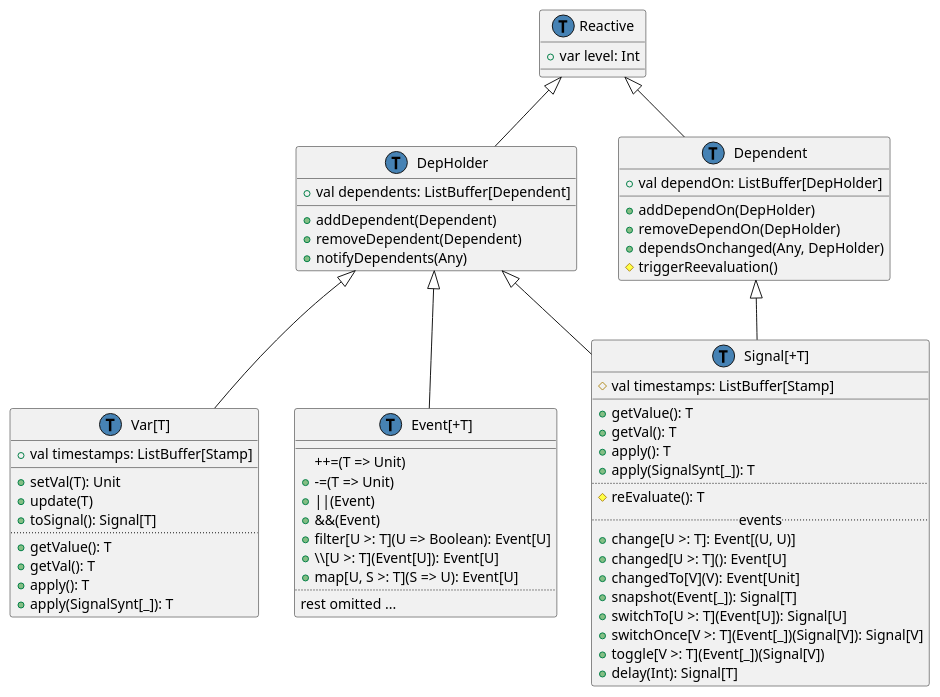
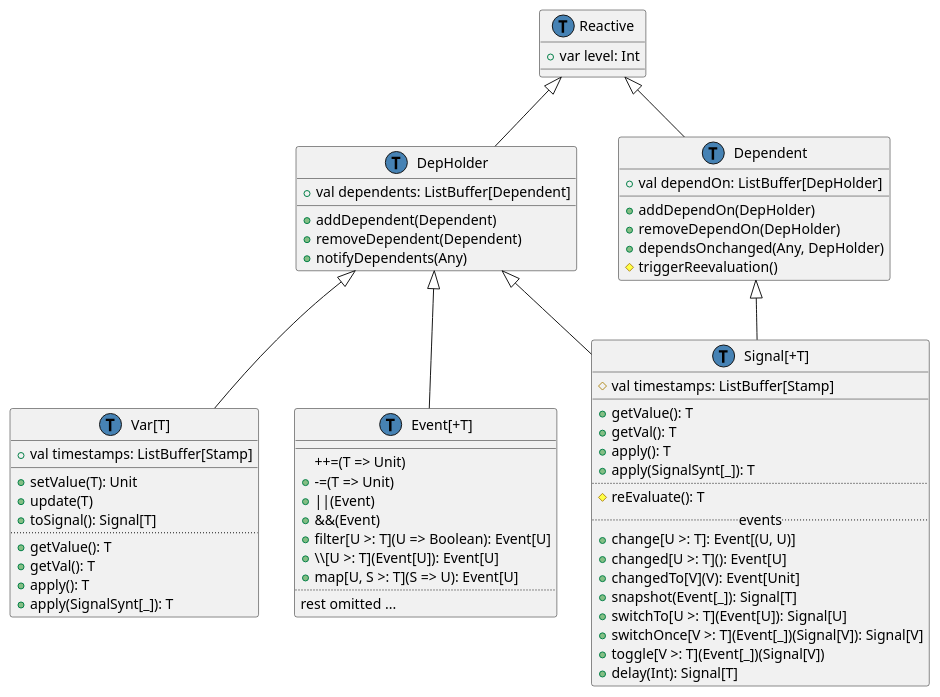
One commit to rescala-lang/REScala changed the diagram in doc/class-hierarchy/pre-refactoring-may-14.plantuml. Above: the diagram before and after it, drawn with PlantUML. The commit also changed 14 other files, not shown here.

Commit message:
Change setVal to setValue

```diff
--- a/doc/class-hierarchy/pre-refactoring-may-14.plantuml
+++ b/doc/class-hierarchy/pre-refactoring-may-14.plantuml
@@ -1,78 +1,78 @@
 @startuml
 class Reactive {
   +var level: Int
 }
 
 class DepHolder extends Reactive {
   +val dependents: ListBuffer[Dependent]
   __
   +addDependent(Dependent)
   +removeDependent(Dependent)
   +notifyDependents(Any)
 }
 
 class Dependent extends Reactive {
   +val dependOn: ListBuffer[DepHolder]
   __
   +addDependOn(DepHolder)
   +removeDependOn(DepHolder)
   +dependsOnchanged(Any, DepHolder)
   #triggerReevaluation()
 }
 
 class "Var[T]" as Var extends DepHolder {
   +val timestamps: ListBuffer[Stamp]
   __
-  +setVal(T): Unit
+  +setValue(T): Unit
   +update(T)
   +toSignal(): Signal[T]
   ..
   +getValue(): T
   +getVal(): T
   +apply(): T
   +apply(SignalSynt[_]): T
 }
 
 class "Signal[+T]" as Signal {
   #val timestamps: ListBuffer[Stamp]
   __
   +getValue(): T
   +getVal(): T
   +apply(): T
   +apply(SignalSynt[_]): T
   ..
   #reEvaluate(): T
   .. events ..
   +change[U >: T]: Event[(U, U)]
   +changed[U >: T](): Event[U]
   +changedTo[V](V): Event[Unit]
   +snapshot(Event[_]): Signal[T]
   +switchTo[U >: T](Event[U]): Signal[U]
   +switchOnce[V >: T](Event[_])(Signal[V]): Signal[V]
   +toggle[V >: T](Event[_])(Signal[V])
   +delay(Int): Signal[T]
 }
 
 DepHolder <|-- Signal
 Dependent <|-- Signal
 
 class "Event[+T]" as Event extends DepHolder {
   __
   ++=(T => Unit)
   +-=(T => Unit)
   +||(Event)
   +&&(Event)
   +filter[U >: T](U => Boolean): Event[U]
   +\\\[U >: T](Event[U]): Event[U]
   +map[U, S >: T](S => U): Event[U]
   ..
   rest omitted ...
 }
 
 class Signal << (T,#4682b4) >>
 class Var << (T,#4682b4) >>
 class DepHolder << (T,#4682b4) >>
 class Dependent << (T,#4682b4) >>
 class Reactive << (T,#4682b4) >>
 class Event << (T,#4682b4) >>
 @enduml
```
